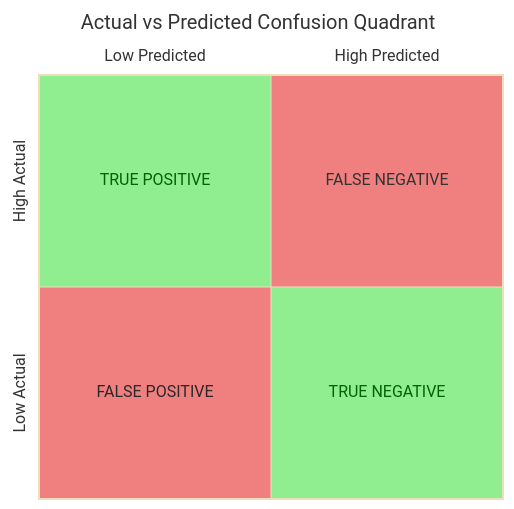
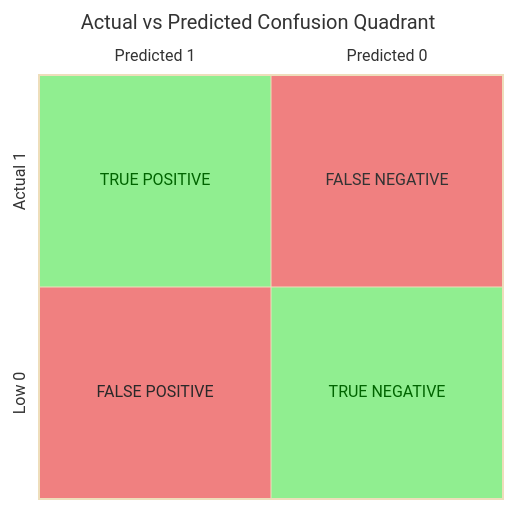
The seventh of 7 diagrams in Data Science Notes/100 days of ML/Machine Learning Notes.md (VanshDeshwal/notes), drawn with Mermaid before and after one commit.

Commit message:
vault backup: 2025-08-05 01:47:04

````diff
--- a/Data Science Notes/100 days of ML/Machine Learning Notes.md
+++ b/Data Science Notes/100 days of ML/Machine Learning Notes.md
@@ -1555,23 +1555,23 @@
 ```mermaid
 %%{init: {
   "theme": "base",
   "themeVariables": {
     "quadrant1Fill": "#f08080",
     "quadrant2TextFill": "#006400",
     "quadrant2Fill": "#90ee90",
     "quadrant3Fill": "#f08080",
     "quadrant4TextFill": "#006400",
     "quadrant4Fill": "#90ee90"
  
   }
 }}%%
 quadrantChart
     title Actual vs Predicted Confusion Quadrant
-    x-axis Low Predicted --> High Predicted
-    y-axis Low Actual --> High Actual
+    x-axis Predicted 1 --> Predicted 0
+    y-axis Low 0 --> Actual 1
     quadrant-1 FALSE NEGATIVE
     quadrant-2 TRUE POSITIVE
     quadrant-3 FALSE POSITIVE
     quadrant-4 TRUE NEGATIVE
 
 ```
````
